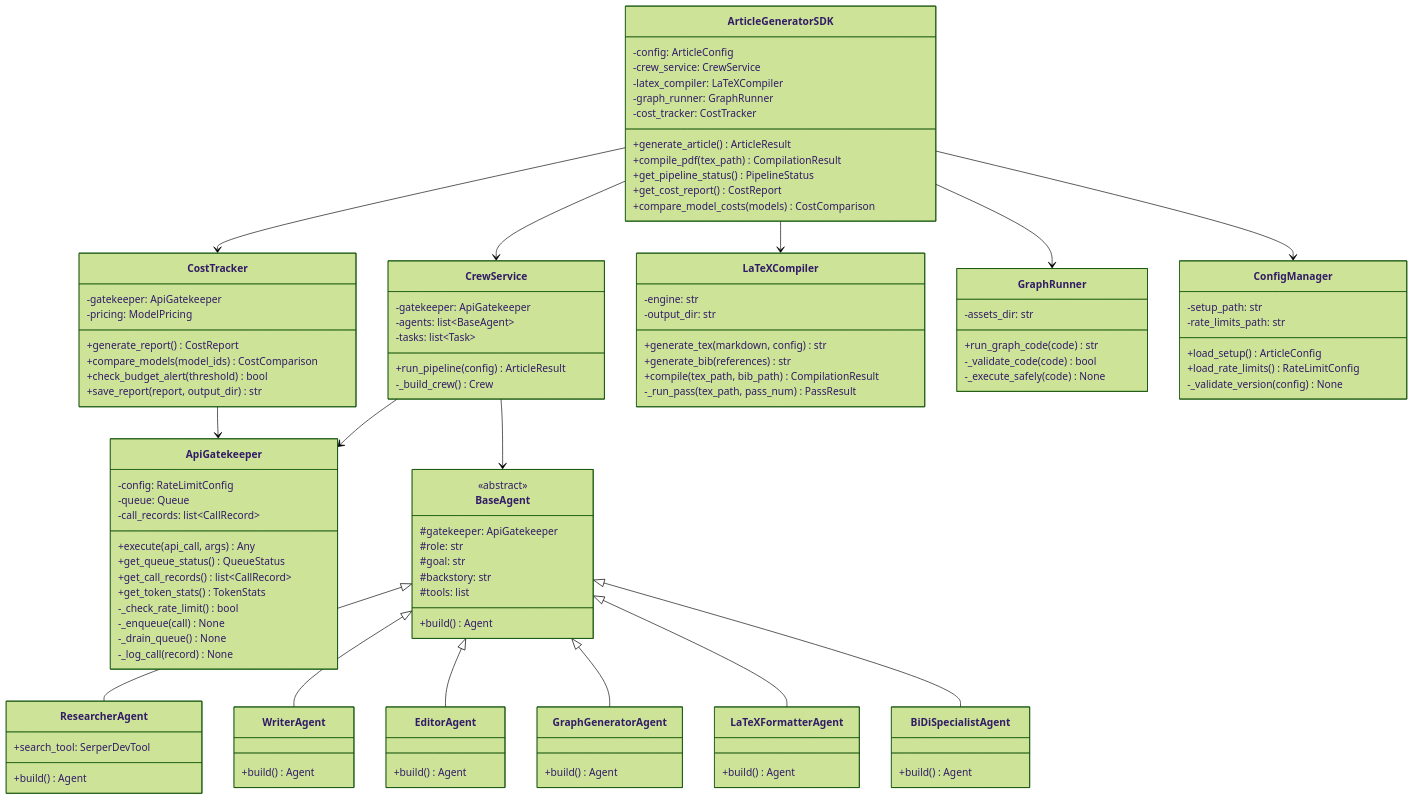
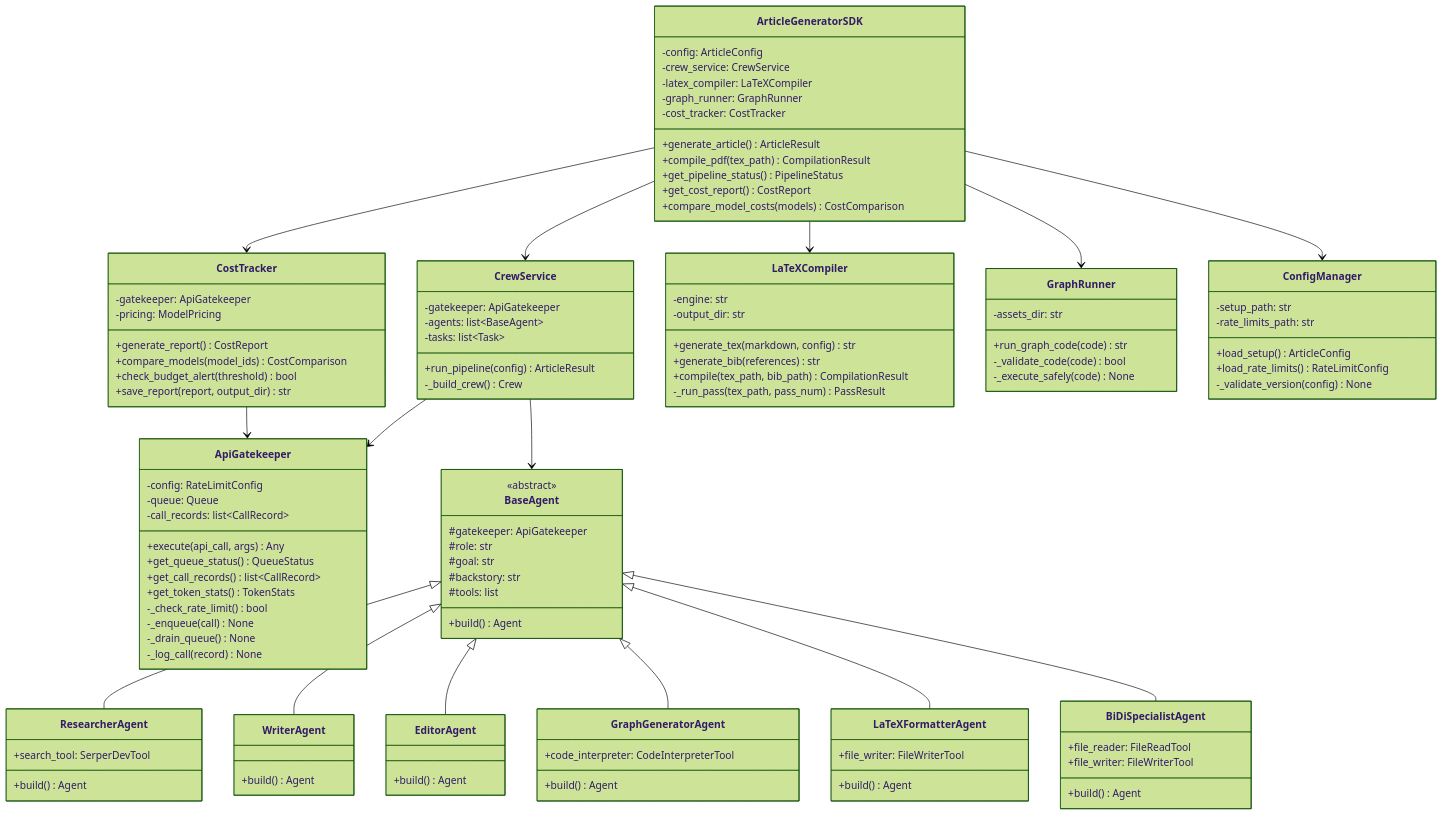
Before and after one commit to ndvp39/AI-Article-Generator-Article-Production-System-using-CrewAI-and-LaTeX: the fifth of 6 diagrams in docs/PLAN.md, drawn with Mermaid (forest theme). The commit also changed other lines of this file and 36 other files, not shown here.

```diff
--- a/docs/PLAN.md
+++ b/docs/PLAN.md
@@ -499,12 +513,16 @@
         +build() Agent
     }
     class GraphGeneratorAgent {
+        +code_interpreter: CodeInterpreterTool
         +build() Agent
     }
     class LaTeXFormatterAgent {
+        +file_writer: FileWriterTool
         +build() Agent
     }
     class BiDiSpecialistAgent {
+        +file_reader: FileReadTool
+        +file_writer: FileWriterTool
         +build() Agent
     }
 
```
